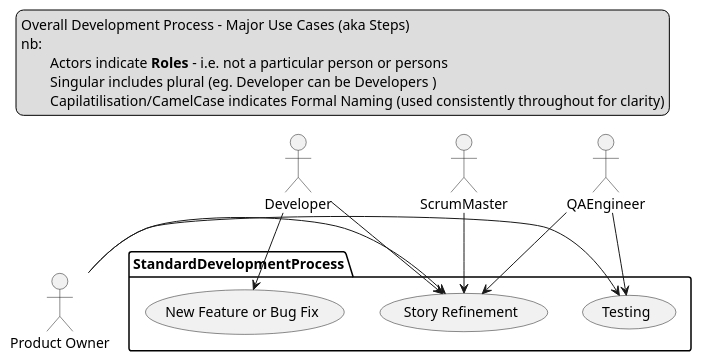
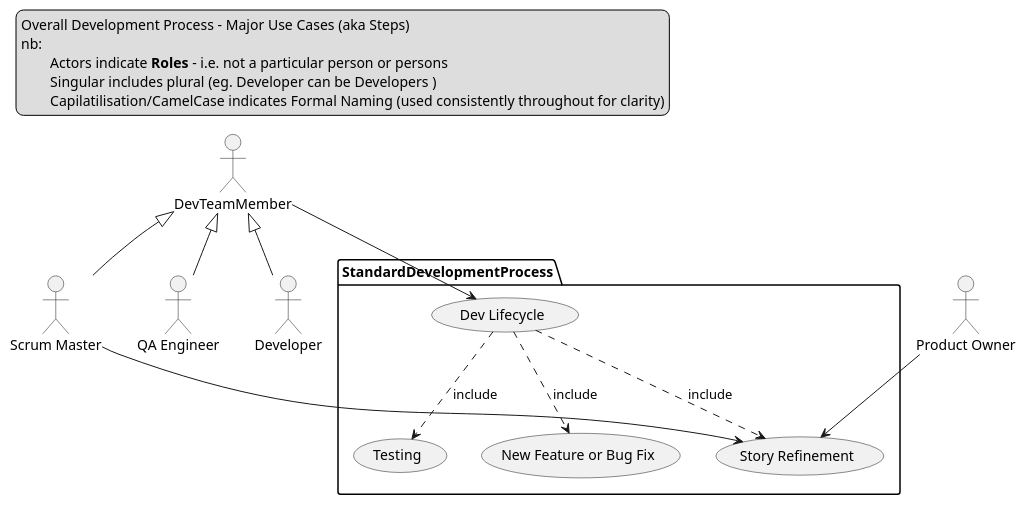
The first of 4 diagrams in ideal-process.puml (markcollinscope/epyx-process), drawn with PlantUML before and after one commit.

Commit message:
<master>: ongoing updates based around showing local env in action

```diff
--- a/ideal-process.puml
+++ b/ideal-process.puml
@@ -2,25 +2,43 @@
 @startuml uc
 legend top left
 	Overall Development Process - Major Use Cases (aka Steps)
 	nb: 
 		Actors indicate <b>Roles</b> - i.e. not a particular person or persons
 		Singular includes plural (eg. Developer can be Developers )
 		Capilatilisation/CamelCase indicates Formal Naming (used consistently throughout for clarity)
 end legend
 
+top to bottom direction
+
 package StandardDevelopmentProcess {
+	top to bottom direction
+	(Dev Lifecycle) as (DL)
+
+
 	(Story Refinement) as (SR)
+
+	(Testing) as (T)
 	(New Feature or Bug Fix) as (NFB)
-	(Testing) as (T)
+
+
+	(DL) ..> (SR) : include
+	(DL) ..> (NFB) : include
+	(DL) ..> (T) : include
 }
 
-:Product Owner: -> SR
-:ScrumMaster: --> SR
-:Developer: --> SR
-:QAEngineer: --> SR
+actor :Scrum Master: as SM
+actor :DevTeamMember: as DTM
+actor :Product Owner: as PO
 
-:Developer: --> NFB
-:QAEngineer: --> T
-:Product Owner: -> T
+actor :QA Engineer: as QAE
+actor :Developer: as DEV
+
+DTM <|-- SM
+DTM <|-- DEV
+DTM <|-- QAE
+
+PO --> SR
+SM --> SR
+DTM --> DL
 
 @enduml
```
